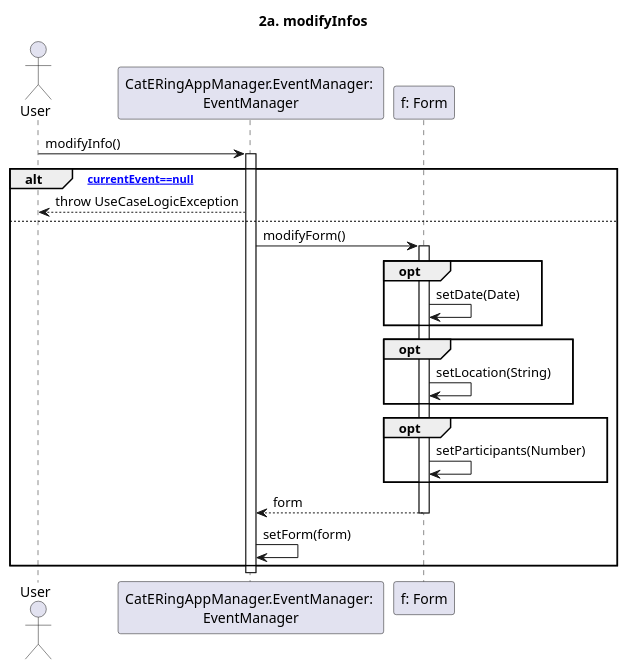
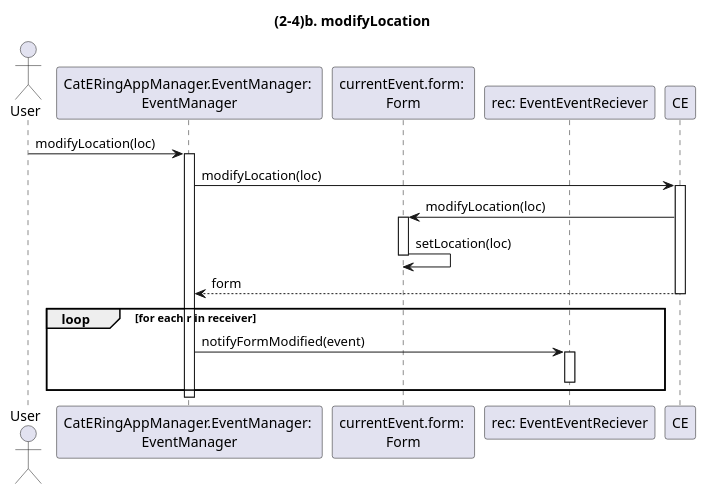
One commit to m0canu1/sas changed the diagram in dsd/dsd-eventi/estensioniEcc/924b-modifyLocation.md. Above: the diagram before and after it, drawn with PlantUML. The commit also changed 7 other files, not shown here.

````diff
--- a/dsd/dsd-eventi/estensioniEcc/924b-modifyLocation.md
+++ b/dsd/dsd-eventi/estensioniEcc/924b-modifyLocation.md
@@ -1,33 +1,31 @@
 ```plantuml
 
-title: 2a. modifyInfos
+title: (2-4)b. modifyLocation
 
 Actor User
 Participant "CatERingAppManager.EventManager: \nEventManager" as EM
-Participant "f: Form" as FM
+Participant "currentEvent.form: \nForm" as FM
+Participant "rec: EventEventReciever" as EER
 
-User -> EM: modifyInfo()
+User -> EM: modifyLocation(loc)
 Activate EM
 
-alt [currentEvent==null]
-    EM --> User: throw UseCaseLogicException
-else
-    EM -> FM: modifyForm()
-    Activate FM
-    opt
-        FM -> FM: setDate(Date)
-    end
-    opt
-        FM -> FM: setLocation(String)
-    end
-    opt
-        FM -> FM: setParticipants(Number) 
-    end
-    FM --> EM: form
-    Deactivate FM
-    EM -> EM: setForm(form)
+EM -> CE: modifyLocation(loc)
+Activate CE
+CE -> FM: modifyLocation(loc)
+Activate FM
+FM -> FM: setLocation(loc)
+Deactivate FM
+CE --> EM: form
+Deactivate CE
+
+loop for each r in receiver
+    EM -> EER: notifyFormModified(event)
+    Activate EER
+    Deactivate EER
 end
+
 Deactivate EM
 
 
 ```
````
